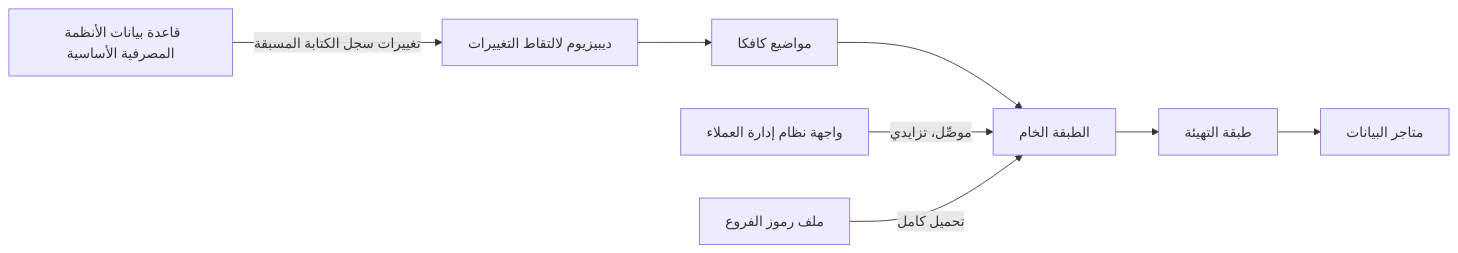
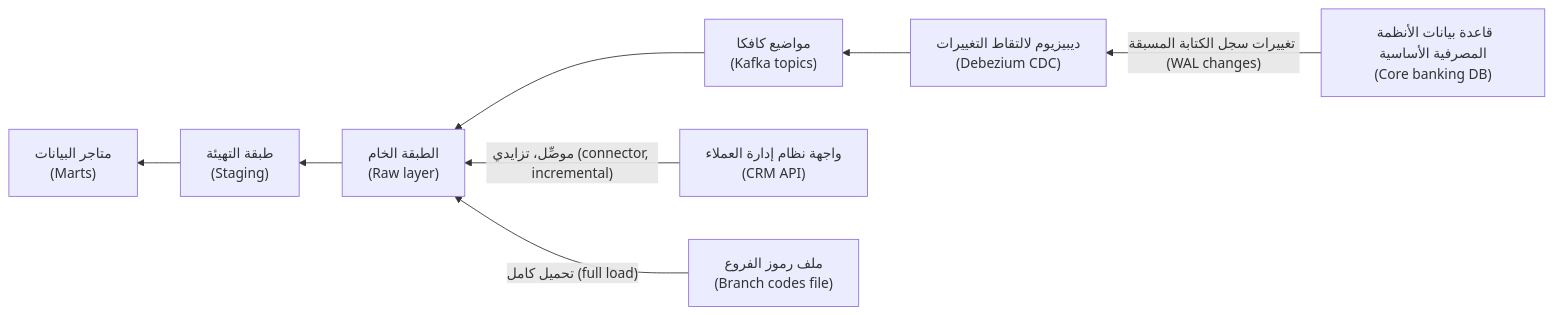
One commit to Tamoura/system-design-for-vibe-coders changed the first of 3 diagrams in data/modules/02-pipelines.ar.md. Above: the diagram before and after it, drawn with Mermaid. The commit also changed other lines of this file and 20 other files, not shown here.

First line of the commit message:
New courses: Arabic diagrams read right-to-left with English labels (modules 0–6)

````diff
--- a/data/modules/02-pipelines.ar.md
+++ b/data/modules/02-pipelines.ar.md
@@ -67,10 +67,10 @@
 ```mermaid
-flowchart LR
-  A["قاعدة بيانات الأنظمة المصرفية الأساسية"] -->|"تغييرات سجل الكتابة المسبقة"| B["ديبيزيوم لالتقاط التغييرات"]
-  B --> C["مواضيع كافكا"]
-  C --> D["الطبقة الخام"]
-  E["واجهة نظام إدارة العملاء"] -->|"موصِّل، تزايدي"| D
-  F["ملف رموز الفروع"] -->|"تحميل كامل"| D
-  D --> G["طبقة التهيئة"]
-  G --> H["متاجر البيانات"]
+flowchart RL
+  A["قاعدة بيانات الأنظمة المصرفية الأساسية<br/>(Core banking DB)"] -->|"تغييرات سجل الكتابة المسبقة (WAL changes)"| B["ديبيزيوم لالتقاط التغييرات<br/>(Debezium CDC)"]
+  B --> C["مواضيع كافكا<br/>(Kafka topics)"]
+  C --> D["الطبقة الخام<br/>(Raw layer)"]
+  E["واجهة نظام إدارة العملاء<br/>(CRM API)"] -->|"موصِّل، تزايدي (connector, incremental)"| D
+  F["ملف رموز الفروع<br/>(Branch codes file)"] -->|"تحميل كامل (full load)"| D
+  D --> G["طبقة التهيئة<br/>(Staging)"]
+  G --> H["متاجر البيانات<br/>(Marts)"]
 ```
````
